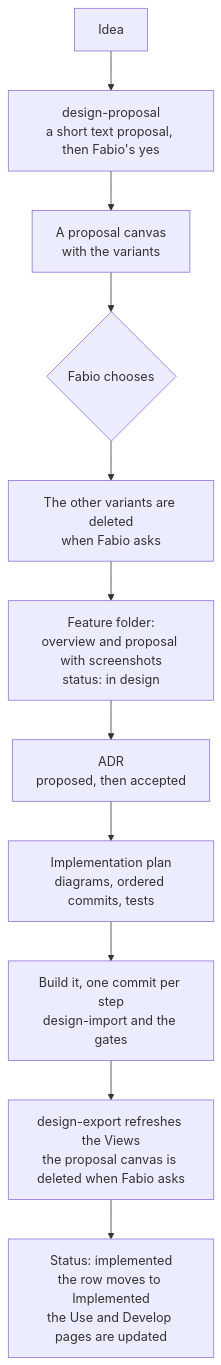
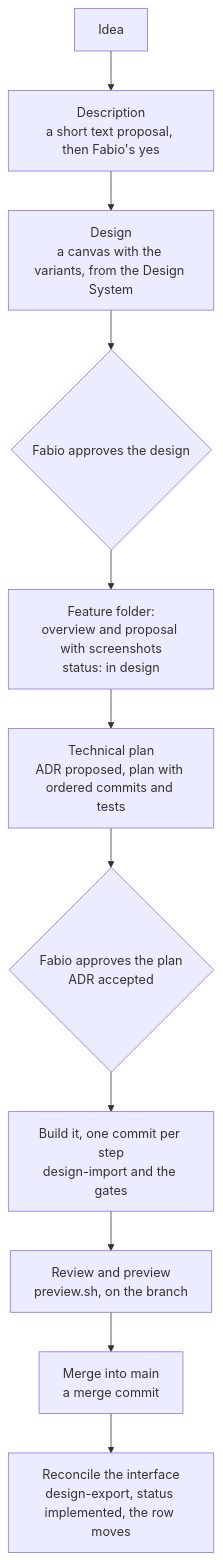
The diagram in docs/features/index.md (fmmenchi/tokenmeter), drawn with Mermaid before and after one commit. The commit also changed other lines of this file and 2 other files, not shown here.

Commit message:
docs(develop): order the feature steps from description to reconciliation
Description, design, approval, technical plan, approval, build, review and preview, merge,
then the reconciliation of the interface.

````diff
--- a/docs/features/index.md
+++ b/docs/features/index.md
@@ -35,13 +35,13 @@
 ```mermaid
 flowchart TD
-  A["Idea"] --> B["design-proposal<br/>a short text proposal, then Fabio's yes"]
-  B --> C["A proposal canvas<br/>with the variants"]
-  C --> D{"Fabio chooses"}
-  D --> E["The other variants are deleted<br/>when Fabio asks"]
-  E --> F["Feature folder:<br/>overview and proposal with screenshots<br/>status: in design"]
-  F --> G["ADR<br/>proposed, then accepted"]
-  G --> H["Implementation plan<br/>diagrams, ordered commits, tests"]
-  H --> I["Build it, one commit per step<br/>design-import and the gates"]
-  I --> J["design-export refreshes the Views<br/>the proposal canvas is deleted when Fabio asks"]
-  J --> K["Status: implemented<br/>the row moves to Implemented<br/>the Use and Develop pages are updated"]
+  A["Idea"] --> B["Description<br/>a short text proposal, then Fabio's yes"]
+  B --> C["Design<br/>a canvas with the variants, from the Design System"]
+  C --> D{"Fabio approves the design"}
+  D --> E["Feature folder:<br/>overview and proposal with screenshots<br/>status: in design"]
+  E --> F["Technical plan<br/>ADR proposed, plan with ordered commits and tests"]
+  F --> G{"Fabio approves the plan<br/>ADR accepted"}
+  G --> H["Build it, one commit per step<br/>design-import and the gates"]
+  H --> I["Review and preview<br/>preview.sh, on the branch"]
+  I --> J["Merge into main<br/>a merge commit"]
+  J --> K["Reconcile the interface<br/>design-export, status implemented, the row moves"]
 ```
````
